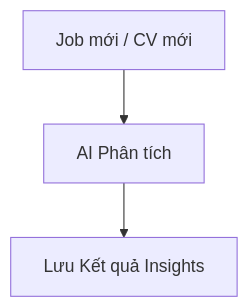
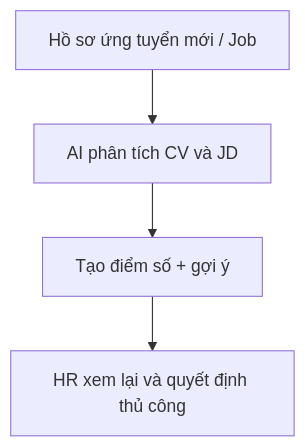
Before and after one commit to VanHaPtit/EasyTech_FE: the diagram in nghiep_vu/epic-08_AI_Features/brief.md, drawn with Mermaid. The commit also changed other lines of this file and 227 other files, not shown here.

````diff
--- a/nghiep_vu/epic-08_AI_Features/brief.md
+++ b/nghiep_vu/epic-08_AI_Features/brief.md
@@ -12,5 +15,6 @@
 ```mermaid
 graph TD
-  A[Job mới / CV mới] --> B[AI Phân tích]
-  B --> C[Lưu Kết quả Insights]
+  A[Hồ sơ ứng tuyển mới / Job] --> B[AI phân tích CV và JD]
+  B --> C[Tạo điểm số + gợi ý]
+  C --> D[HR xem lại và quyết định thủ công]
 ```
````
